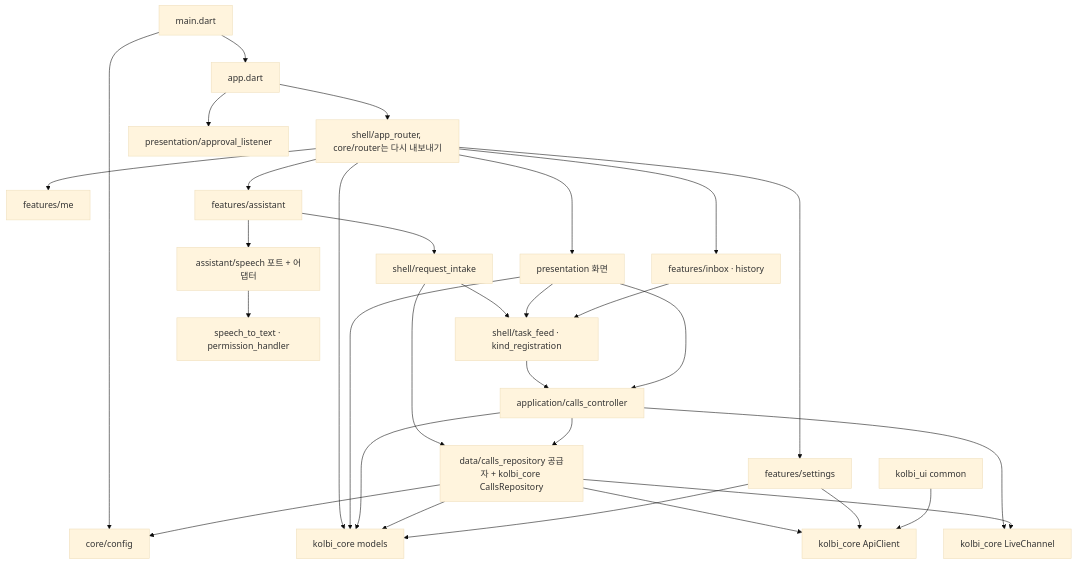
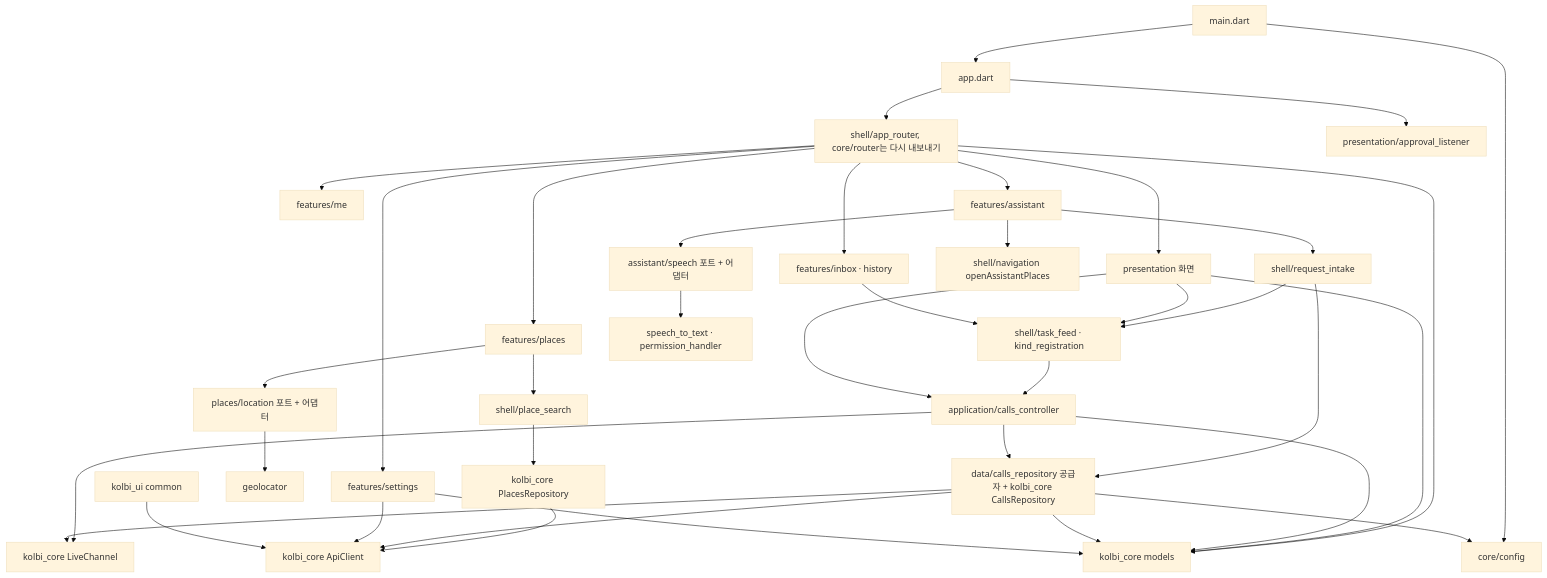
The second of 2 diagrams in .moai/project/codemaps/dependencies.md (Jason8117/jason-danmuzi), drawn with Mermaid (base theme) before and after one commit. The commit also changed other lines of this file and 11 other files, not shown here.

````diff
--- a/.moai/project/codemaps/dependencies.md
+++ b/.moai/project/codemaps/dependencies.md
@@ -95,33 +100,40 @@
 ```mermaid
 flowchart TD
   main[main.dart] --> appd[app.dart]
   main --> settings[core/config]
   appd --> router[shell/app_router, core/router는 다시 내보내기]
   appd --> listener[presentation/approval_listener]
   router --> screens[presentation 화면]
   router --> tabs[features/inbox · history]
   router --> me[features/me]
   router --> assistant[features/assistant]
   assistant --> intake[shell/request_intake]
   intake --> repo
   intake --> feed
   assistant --> speech[assistant/speech 포트 + 어댑터]
+  router --> places[features/places]
+  assistant --> navp[shell/navigation openAssistantPlaces]
+  places --> placeShell[shell/place_search]
+  placeShell --> placesRepo[kolbi_core PlacesRepository]
+  placesRepo --> api
+  places --> location[places/location 포트 + 어댑터]
+  location --> geo[geolocator]
   speech --> plugins[speech_to_text · permission_handler]
   screens --> feed
   router --> settingsScreen[features/settings]
   router --> models[kolbi_core models]
   tabs --> feed[shell/task_feed · kind_registration]
   feed --> controller
   screens --> controller[application/calls_controller]
   screens --> models
   controller --> repo[data/calls_repository 공급자 + kolbi_core CallsRepository]
   controller --> live[kolbi_core LiveChannel]
   controller --> models
   repo --> api[kolbi_core ApiClient]
   repo --> live
   repo --> settings
   repo --> models
   settingsScreen --> api
   settingsScreen --> models
   widgetsCommon[kolbi_ui common] --> api
 ```
````
